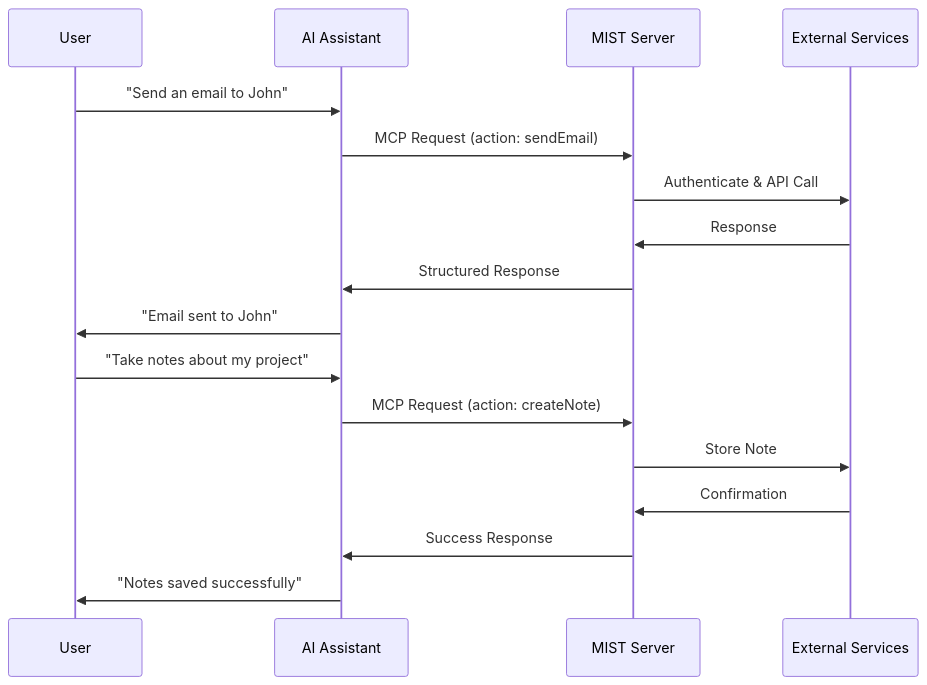
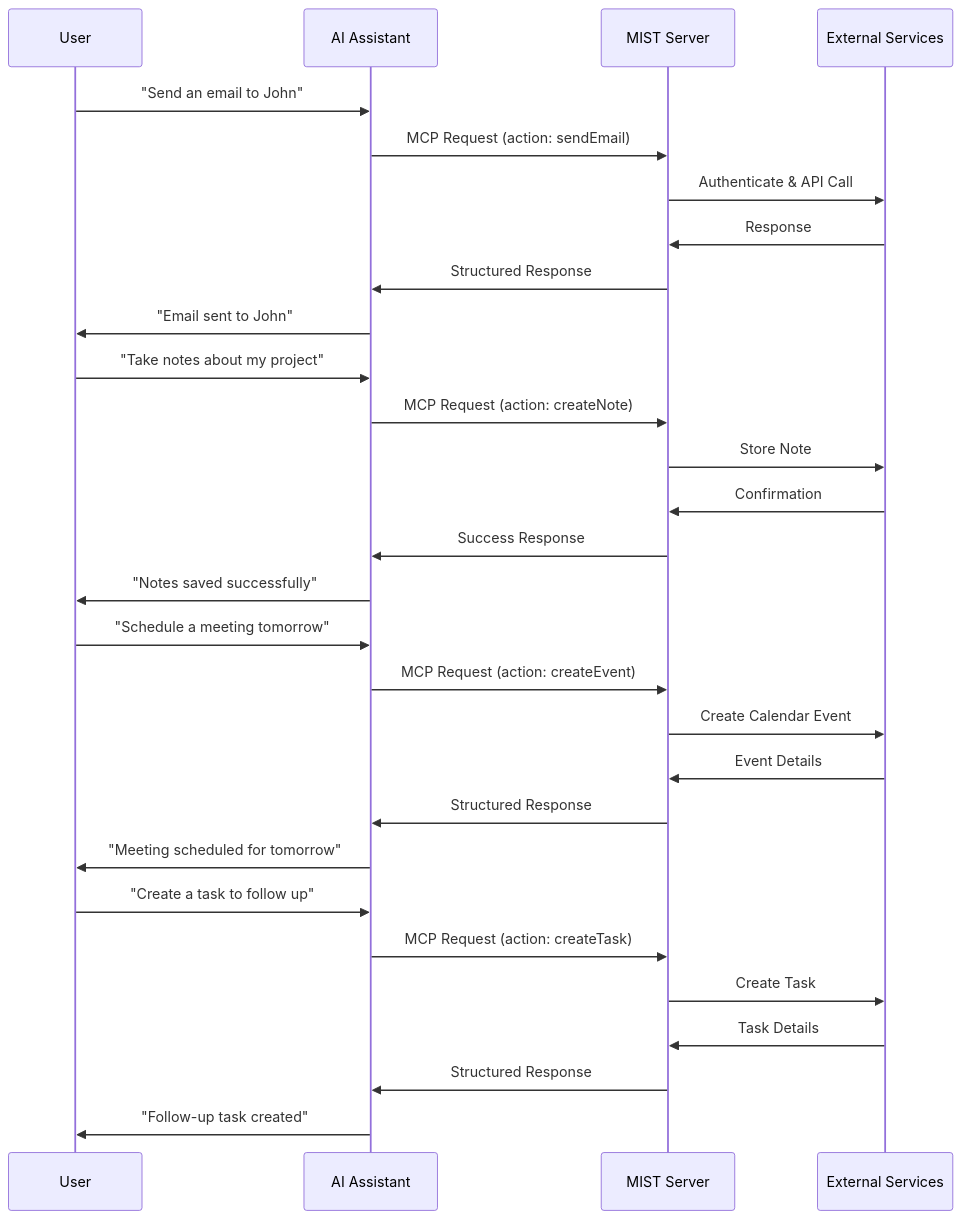
Before and after one commit to CLoaKY233/MIST: the second of 5 diagrams in README.md, drawn with Mermaid. The commit also changed other lines of this file and 13 other files, not shown here.

````diff
--- a/README.md
+++ b/README.md
@@ -68,21 +93,35 @@
 ```mermaid
 sequenceDiagram
     participant User
     participant AI as AI Assistant
     participant MIST as MIST Server
     participant Services as External Services
 
     User->>AI: "Send an email to John"
     AI->>MIST: MCP Request (action: sendEmail)
     MIST->>Services: Authenticate & API Call
     Services->>MIST: Response
     MIST->>AI: Structured Response
     AI->>User: "Email sent to John"
 
     User->>AI: "Take notes about my project"
     AI->>MIST: MCP Request (action: createNote)
     MIST->>Services: Store Note
     Services->>MIST: Confirmation
     MIST->>AI: Success Response
     AI->>User: "Notes saved successfully"
+    
+    User->>AI: "Schedule a meeting tomorrow"
+    AI->>MIST: MCP Request (action: createEvent)
+    MIST->>Services: Create Calendar Event
+    Services->>MIST: Event Details
+    MIST->>AI: Structured Response
+    AI->>User: "Meeting scheduled for tomorrow"
+    
+    User->>AI: "Create a task to follow up"
+    AI->>MIST: MCP Request (action: createTask)
+    MIST->>Services: Create Task
+    Services->>MIST: Task Details
+    MIST->>AI: Structured Response
+    AI->>User: "Follow-up task created"
 ```
````
